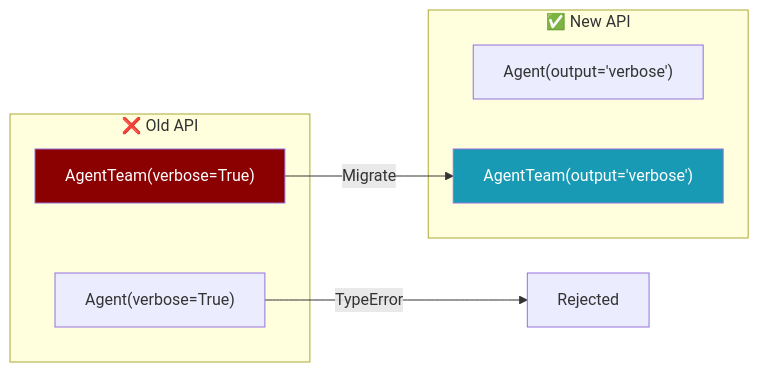
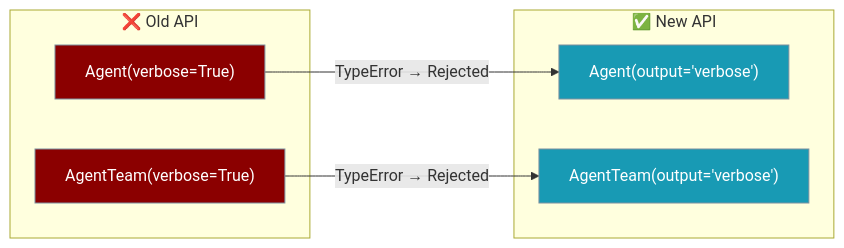
Before and after one commit to MervinPraison/PraisonAIDocs: the fourth of 5 diagrams in docs/features/migrate.mdx, drawn with Mermaid. The commit also changed other lines of this file and 3 other files, not shown here.

````diff
--- a/docs/features/migrate.mdx
+++ b/docs/features/migrate.mdx
@@ -222,18 +222,21 @@
 ```mermaid
 flowchart LR
     subgraph Old["❌ Old API"]
         A["Agent(verbose=True)"]
         B["AgentTeam(verbose=True)"]
     end
-    
+
     subgraph New["✅ New API"]
         C["Agent(output='verbose')"]
         D["AgentTeam(output='verbose')"]
     end
-    
-    A -->|"TypeError"| X[Rejected]
-    B -->|"Migrate"| D
-    
-    style B fill:#8B0000,color:#fff
-    style D fill:#189AB4,color:#fff
+
+    A -->|"TypeError → Rejected"| C
+    B -->|"TypeError → Rejected"| D
+
+    classDef old fill:#8B0000,stroke:#7C90A0,color:#fff
+    classDef new fill:#189AB4,stroke:#7C90A0,color:#fff
+
+    class A,B old
+    class C,D new
 ```
````
